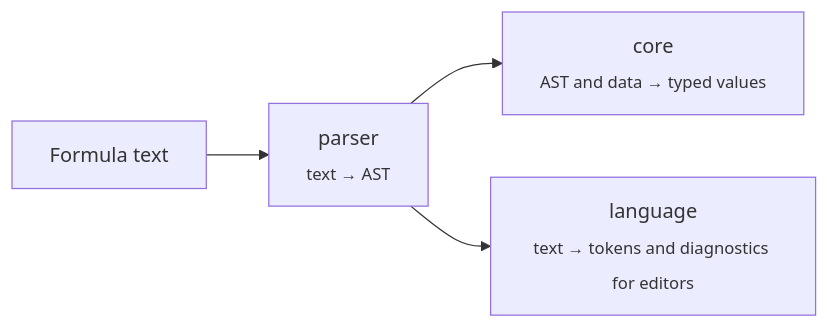
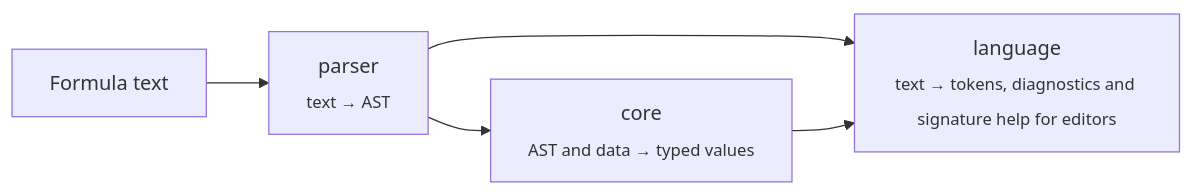
One commit to rushelex/evalex changed the diagram in README.md. Above: the diagram before and after it, drawn with Mermaid. The commit also changed other lines of this file and 8 other files, not shown here.

````diff
--- a/README.md
+++ b/README.md
@@ -204,6 +216,7 @@
 ```mermaid
 flowchart LR
   A["Formula text"] --> P["parser<br/><sub>text → AST</sub>"]
   P --> C["core<br/><sub>AST and data → typed values</sub>"]
-  P --> L["language<br/><sub>text → tokens and diagnostics for editors</sub>"]
+  P --> L["language<br/><sub>text → tokens, diagnostics and signature help for editors</sub>"]
+  C --> L
 ```
````
